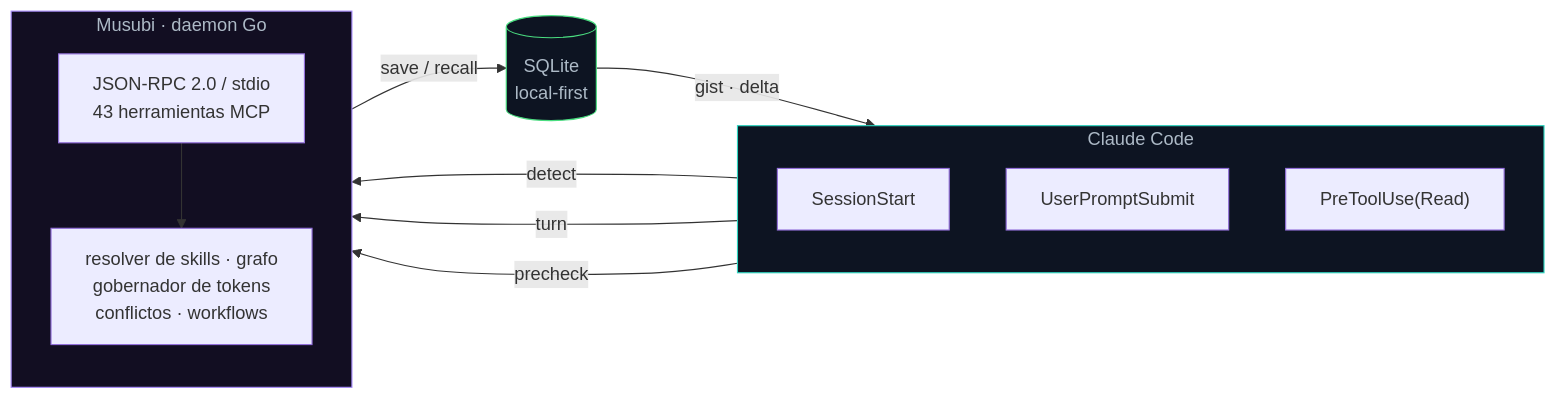
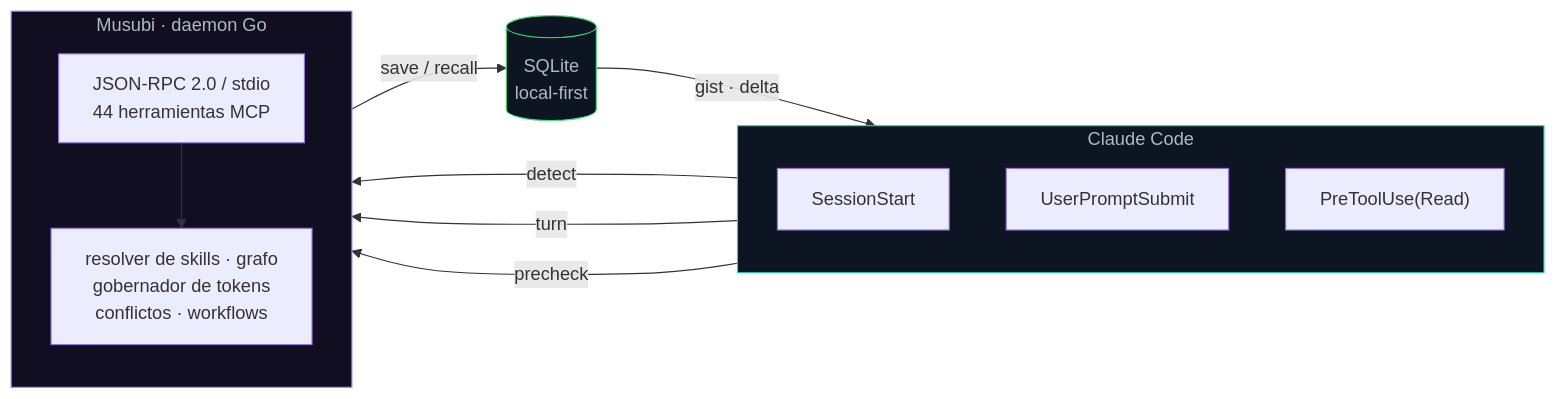
The first of 3 diagrams in README.md (codeabraham16/musubi), drawn with Mermaid before and after one commit. The commit also changed other lines of this file and 12 other files, not shown here.

````diff
--- a/README.md
+++ b/README.md
@@ -68,27 +68,27 @@
 ```mermaid
 flowchart LR
     subgraph CC["Claude Code"]
         direction TB
         H1["SessionStart"]
         H2["UserPromptSubmit"]
         H3["PreToolUse(Read)"]
     end
     subgraph M["Musubi · daemon Go"]
         direction TB
-        RPC["JSON-RPC 2.0 / stdio<br/>43 herramientas MCP"]
+        RPC["JSON-RPC 2.0 / stdio<br/>44 herramientas MCP"]
         COG["resolver de skills · grafo<br/>gobernador de tokens<br/>conflictos · workflows"]
     end
     DB[("SQLite<br/>local-first")]
 
     H1 -- "detect" --> RPC
     H2 -- "turn" --> RPC
     H3 -- "precheck" --> RPC
     RPC --> COG
     COG -- "save / recall" --> DB
     DB -- "gist · delta" --> CC
 
     classDef cc fill:#0d1422,stroke:#2dd4bf,color:#adbac7;
     classDef mm fill:#120e22,stroke:#a78bfa,color:#adbac7;
     classDef db fill:#0d1422,stroke:#4ade80,color:#adbac7;
     class CC cc; class M mm; class DB db;
 ```
````
